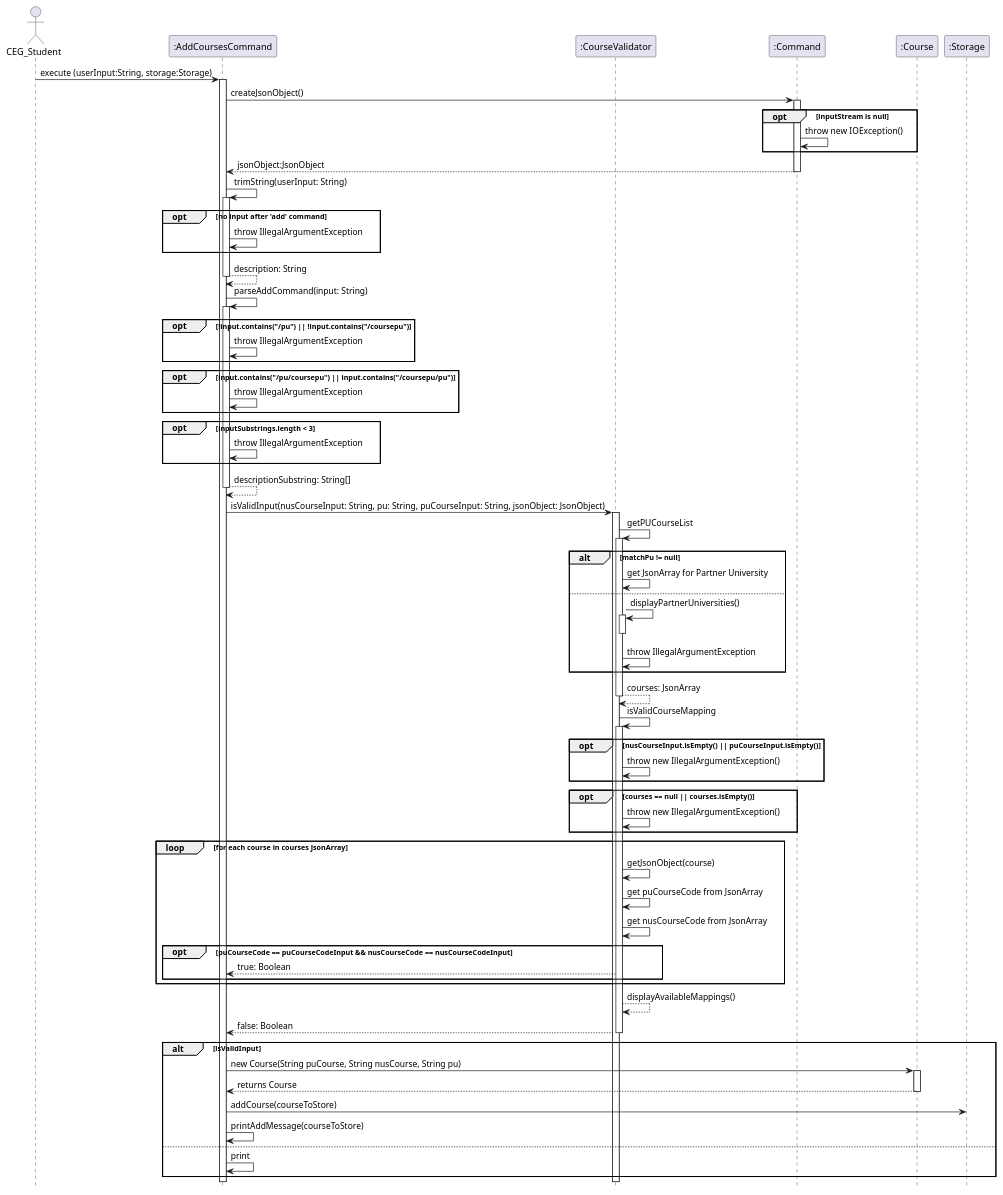
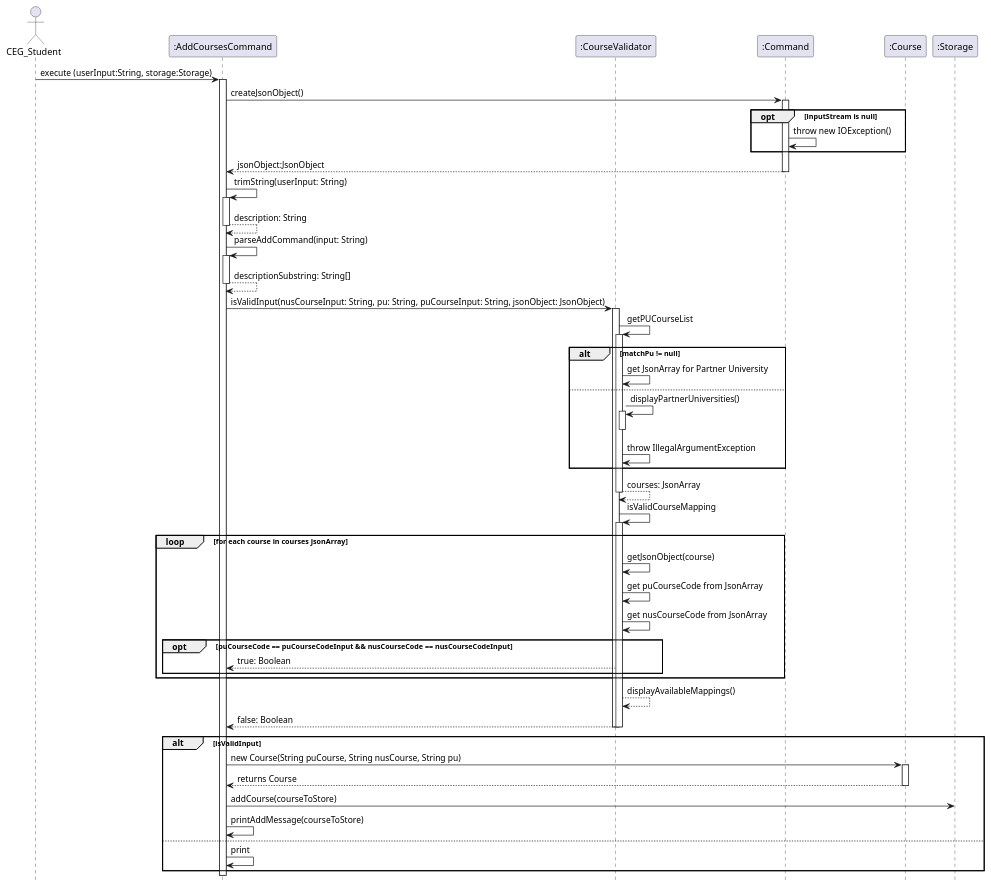
One commit to nus-cs2113-AY2425S1/tp changed the diagram in uml-diagrams/AddCoursesCommand.puml. Above: the diagram before and after it, drawn with PlantUML. The commit also changed 1 other file, not shown here.

Commit message:
Update UML based on past comments

```diff
--- a/uml-diagrams/AddCoursesCommand.puml
+++ b/uml-diagrams/AddCoursesCommand.puml
@@ -1,98 +1,80 @@
 @startuml
 hide footbox
 
 actor CEG_Student
 participant ":AddCoursesCommand" as AddCoursesCommand
 participant ":CourseValidator" as CourseValidator
 participant ":Command" as Command
 participant ":Course" as Course
 participant ":Storage" as Storage
 
 
 CEG_Student -> AddCoursesCommand: execute (userInput:String, storage:Storage)
 activate AddCoursesCommand
 
 AddCoursesCommand -> Command: createJsonObject()
 activate Command
 
 opt inputStream is null
     Command -> Command: throw new IOException()
 end
 
 Command --> AddCoursesCommand: jsonObject:JsonObject
 deactivate Command
 
 AddCoursesCommand -> AddCoursesCommand:trimString(userInput: String)
 activate AddCoursesCommand
-opt no input after 'add' command
-AddCoursesCommand -> AddCoursesCommand: throw IllegalArgumentException
-end
 return description: String
 
 AddCoursesCommand -> AddCoursesCommand:parseAddCommand(input: String)
 activate AddCoursesCommand
-opt !input.contains("/pu") || !input.contains("/coursepu")
-AddCoursesCommand -> AddCoursesCommand: throw IllegalArgumentException
-end
-opt input.contains("/pu/coursepu") || input.contains("/coursepu/pu")
-AddCoursesCommand -> AddCoursesCommand: throw IllegalArgumentException
-end
-opt inputSubstrings.length < 3
-AddCoursesCommand -> AddCoursesCommand: throw IllegalArgumentException
-end
 return descriptionSubstring: String[]
-
-
 
 AddCoursesCommand -> CourseValidator:isValidInput(nusCourseInput: String, pu: String, puCourseInput: String, jsonObject: JsonObject)
 activate CourseValidator
 
 CourseValidator -> CourseValidator:getPUCourseList
 activate CourseValidator
 
 alt matchPu != null
 CourseValidator -> CourseValidator: get JsonArray for Partner University
 else
 CourseValidator -> CourseValidator:displayPartnerUniversities()
 activate CourseValidator
 deactivate
 CourseValidator -> CourseValidator: throw IllegalArgumentException
 end
 return courses: JsonArray
 
 
 CourseValidator -> CourseValidator: isValidCourseMapping
 activate CourseValidator
 
-opt nusCourseInput.isEmpty() || puCourseInput.isEmpty()
-    CourseValidator -> CourseValidator: throw new IllegalArgumentException()
-end
-opt courses == null || courses.isEmpty()
-    CourseValidator -> CourseValidator: throw new IllegalArgumentException()
-end
 
 loop for each course in courses JsonArray
 CourseValidator -> CourseValidator:getJsonObject(course)
 CourseValidator -> CourseValidator:get puCourseCode from JsonArray
 CourseValidator -> CourseValidator:get nusCourseCode from JsonArray
 
 opt puCourseCode == puCourseCodeInput && nusCourseCode == nusCourseCodeInput
     CourseValidator --> AddCoursesCommand: true: Boolean
 end
 end
   CourseValidator --> CourseValidator: displayAvailableMappings()
   CourseValidator --> AddCoursesCommand: false: Boolean
   deactivate
+deactivate
 
 alt isValidInput
 AddCoursesCommand -> Course: new Course(String puCourse, String nusCourse, String pu)
 activate Course
 Course --> AddCoursesCommand : returns Course
 deactivate
 AddCoursesCommand -> Storage :addCourse(courseToStore)
 AddCoursesCommand -> AddCoursesCommand: printAddMessage(courseToStore)
 else
 AddCoursesCommand -> AddCoursesCommand: print
 end
+deactivate
 
 @enduml
```
